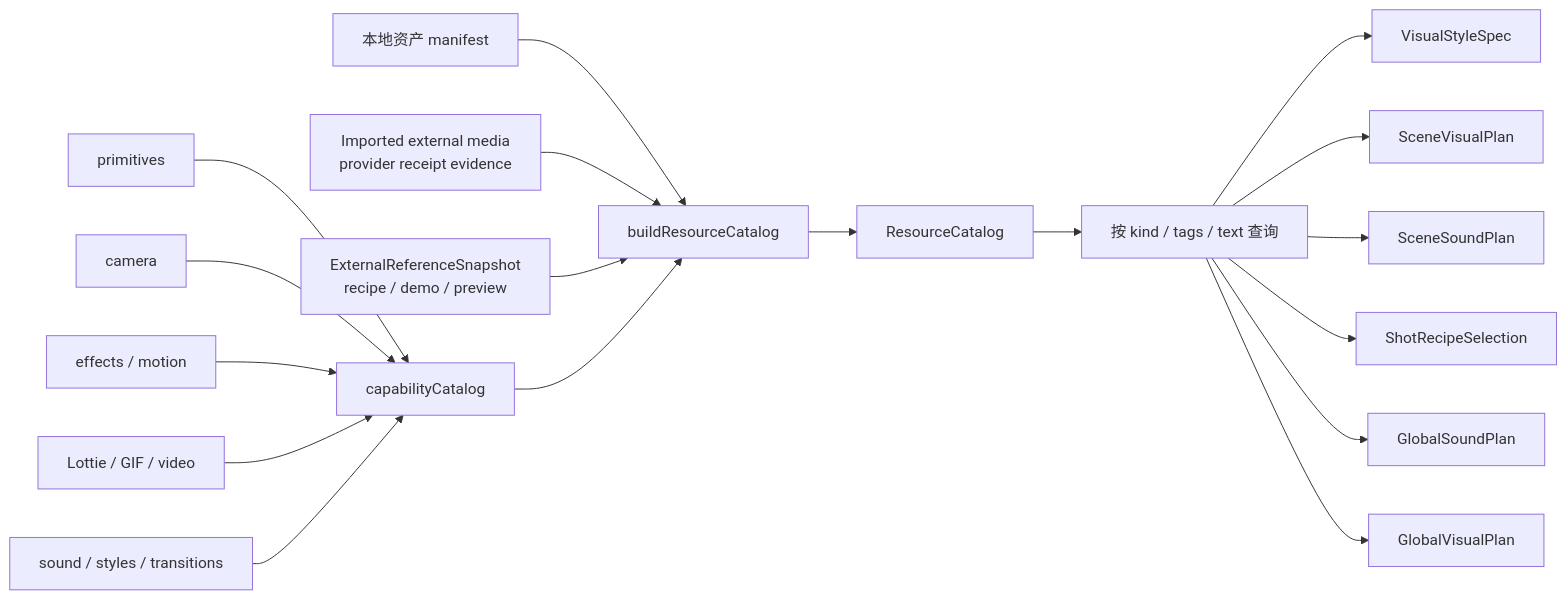
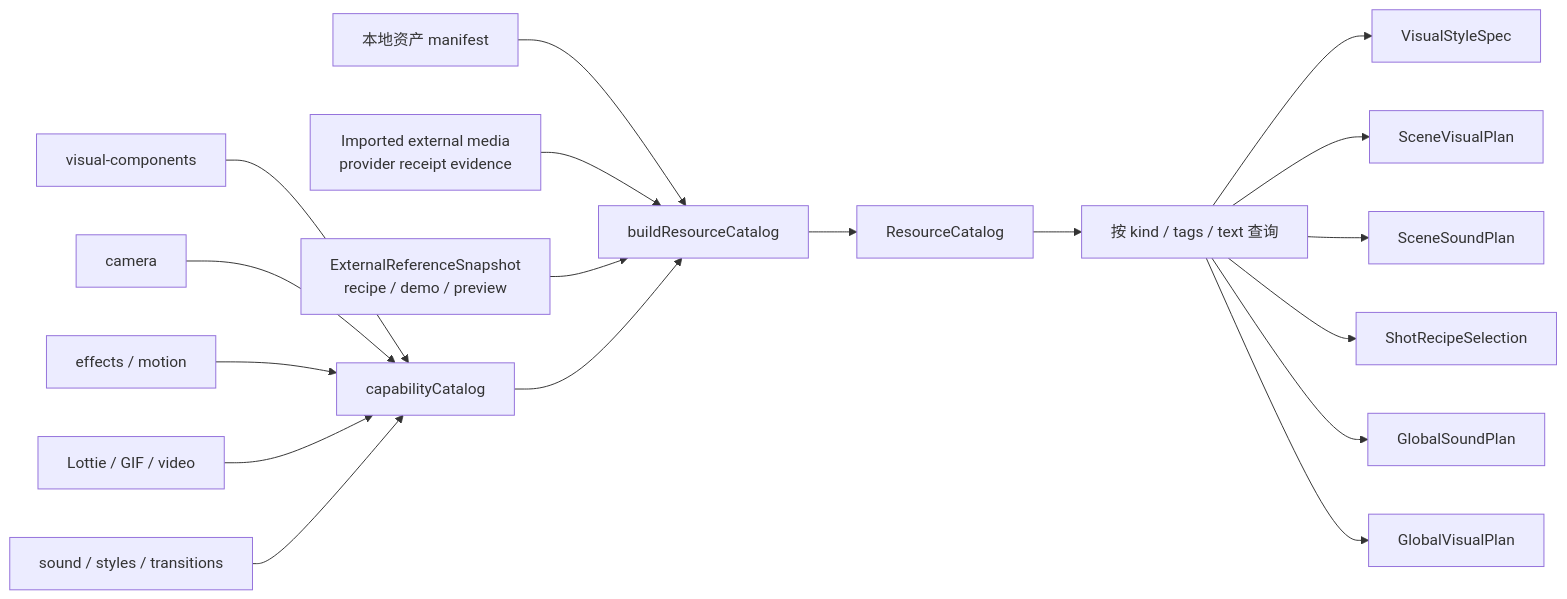
Before and after one commit to AXMORF/axmorf-studio: the diagram in docs/guides/CAPABILITY_CATALOG.md, drawn with Mermaid. The commit also changed other lines of this file and 356 other files, not shown here.

````diff
--- a/docs/guides/CAPABILITY_CATALOG.md
+++ b/docs/guides/CAPABILITY_CATALOG.md
@@ -16,20 +16,20 @@
 ```mermaid
 flowchart LR
     Assets["本地资产 manifest"] --> Build["buildResourceCatalog"]
     ExternalMedia["Imported external media<br/>provider receipt evidence"] --> Build
-    Primitives["primitives"] --> Code["capabilityCatalog"]
+    VisualComponents["visual-components"] --> Code["capabilityCatalog"]
     Camera["camera"] --> Code
     Effects["effects / motion"] --> Code
     Media["Lottie / GIF / video"] --> Code
     Sound["sound / styles / transitions"] --> Code
     Upstream["ExternalReferenceSnapshot<br/>recipe / demo / preview"] --> Build
     Code --> Build
     Build --> Catalog["ResourceCatalog"]
     Catalog --> Query["按 kind / tags / text 查询"]
     Query --> Style["VisualStyleSpec"]
     Query --> ScenePlan["SceneVisualPlan"]
     Query --> SceneSound["SceneSoundPlan"]
     Query --> Recipe["ShotRecipeSelection"]
     Query --> GlobalSound["GlobalSoundPlan"]
     Query --> GlobalVisual["GlobalVisualPlan"]
 ```
````
